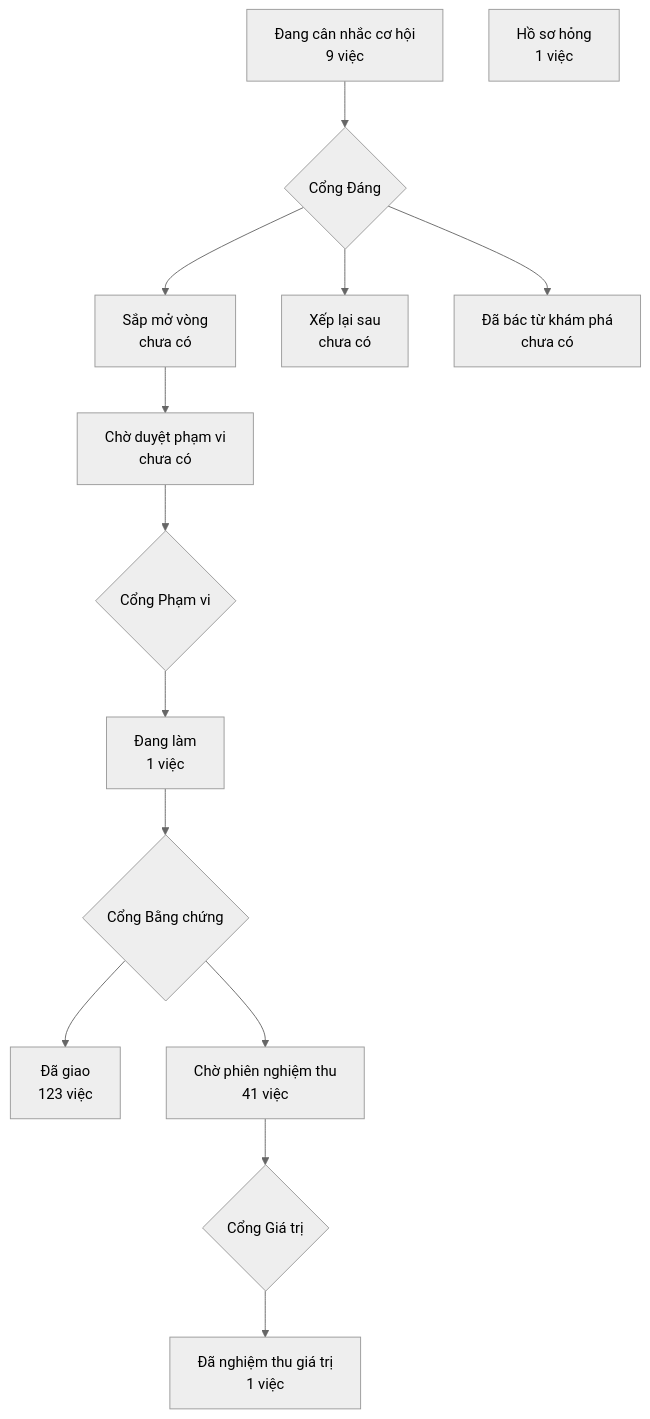
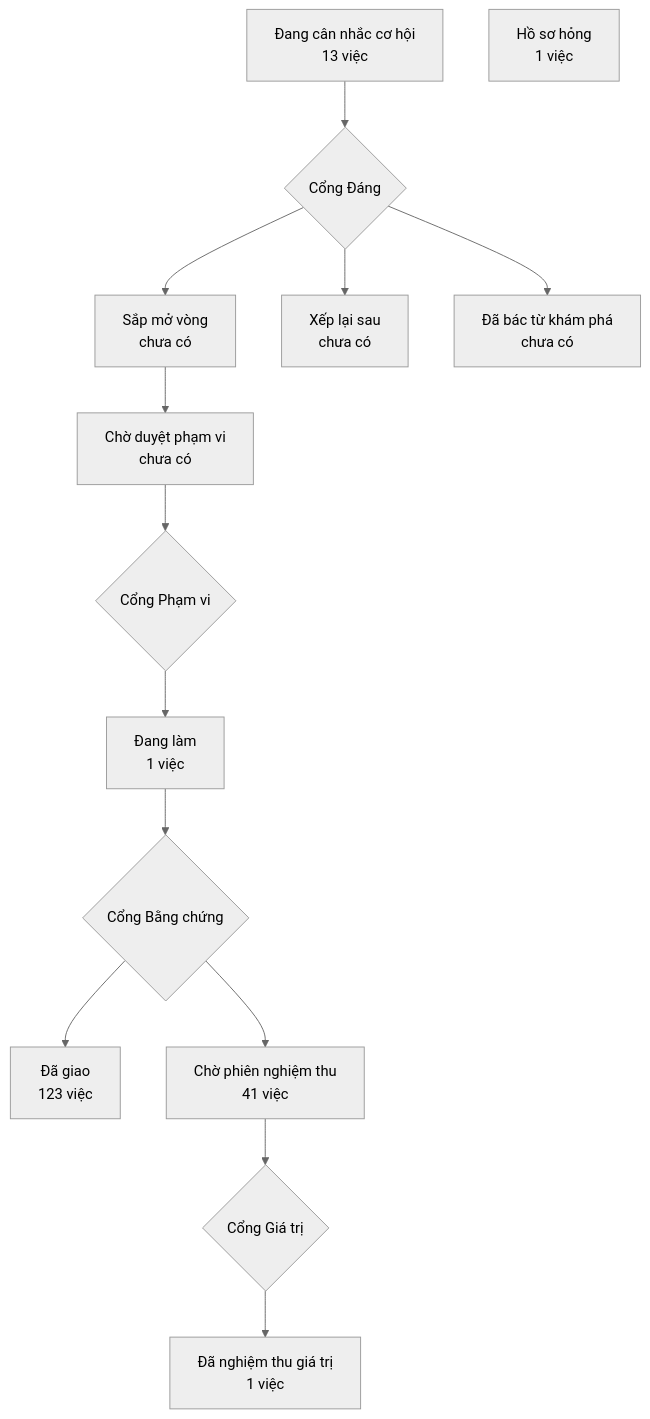
Before and after one commit to phanlemanh/crm-onehub: the diagram in PRODUCT-MAP.md, drawn with Mermaid (neutral theme). The commit also changed other lines of this file and 5 other files, not shown here.

````diff
--- a/PRODUCT-MAP.md
+++ b/PRODUCT-MAP.md
@@ -7,13 +7,13 @@
 ```mermaid
 flowchart TD
-  A["Đang cân nhắc cơ hội<br/>9 việc"] --> GD{"Cổng Đáng"}
+  A["Đang cân nhắc cơ hội<br/>13 việc"] --> GD{"Cổng Đáng"}
   GD --> B["Sắp mở vòng<br/>chưa có"]
   GD --> XL["Xếp lại sau<br/>chưa có"]
   GD --> DB["Đã bác từ khám phá<br/>chưa có"]
   B --> CD["Chờ duyệt phạm vi<br/>chưa có"] --> GP{"Cổng Phạm vi"}
   GP --> DL["Đang làm<br/>1 việc"] --> GB{"Cổng Bằng chứng"}
   GB --> DG["Đã giao<br/>123 việc"]
   GB --> CN["Chờ phiên nghiệm thu<br/>41 việc"] --> GG{"Cổng Giá trị"}
   GG --> NT["Đã nghiệm thu giá trị<br/>1 việc"]
   HS["Hồ sơ hỏng<br/>1 việc"]
 ```
````
